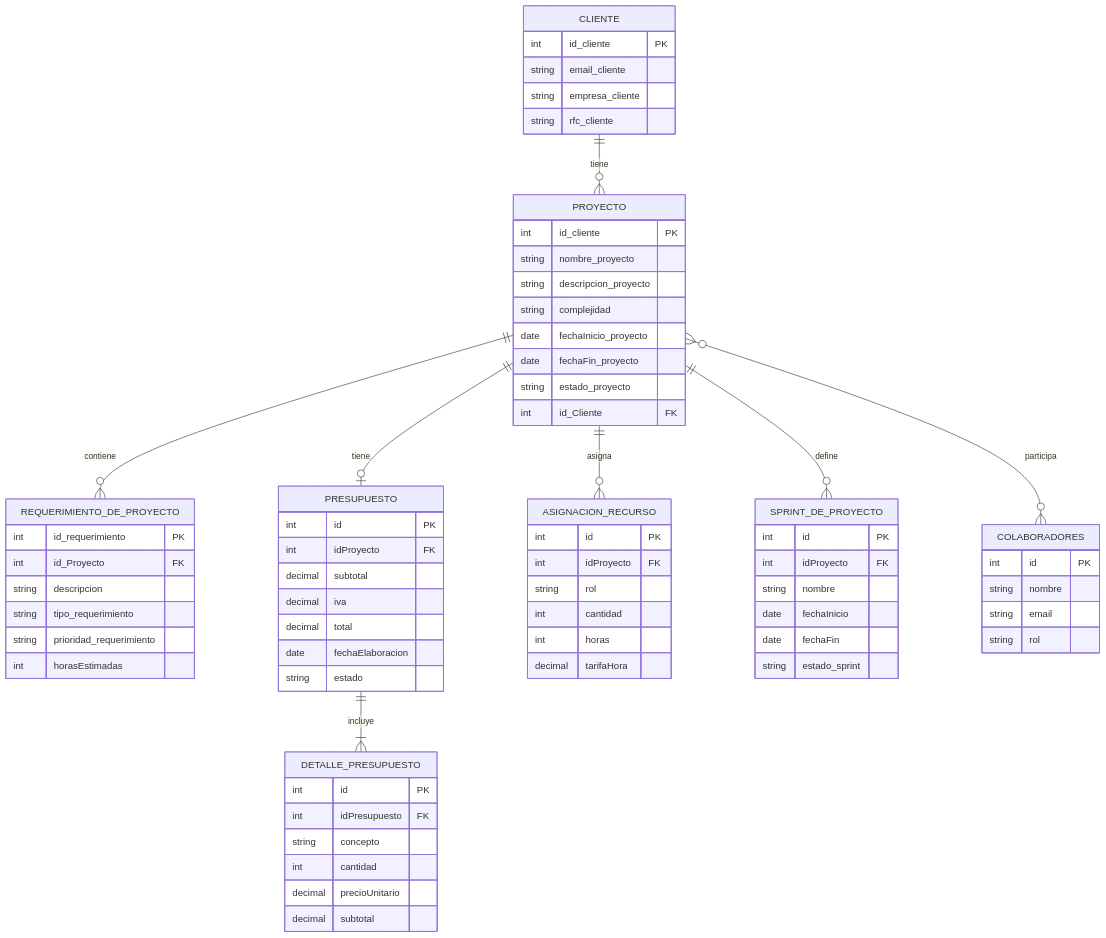
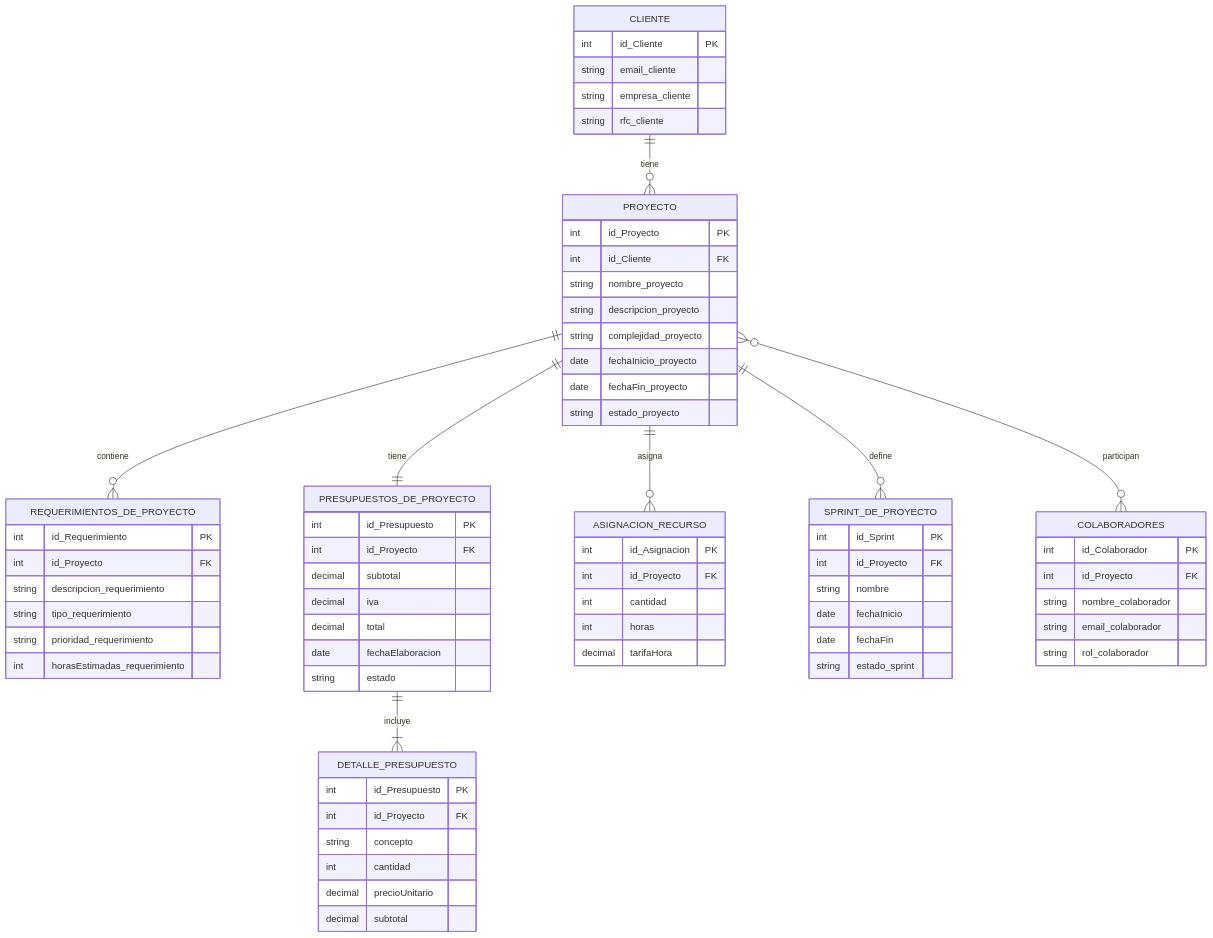
Before and after one commit to Pollix27/NGINX-Start_project: the diagram in src/main/resources/Diagramas/Diagrama ER.mermaid, drawn with Mermaid.

Commit message:
se actualizaro el diagrama Entidad relacion

```diff
--- a/src/main/resources/Diagramas/Diagrama ER.mermaid
+++ b/src/main/resources/Diagramas/Diagrama ER.mermaid
@@ -1,79 +1,80 @@
 erDiagram
     CLIENTE ||--o{ PROYECTO : "tiene"
-    PROYECTO ||--o{ REQUERIMIENTO_DE_PROYECTO : "contiene"
-    PROYECTO ||--o| PRESUPUESTO : "tiene"
-    PRESUPUESTO ||--|{ DETALLE_PRESUPUESTO : "incluye"
+    PROYECTO ||--o{ REQUERIMIENTOS_DE_PROYECTO : "contiene"
+    PROYECTO ||--|| PRESUPUESTOS_DE_PROYECTO : "tiene"
+    PRESUPUESTOS_DE_PROYECTO ||--|{ DETALLE_PRESUPUESTO : "incluye"
     PROYECTO ||--o{ ASIGNACION_RECURSO : "asigna"
     PROYECTO ||--o{ SPRINT_DE_PROYECTO  : "define"
-    PROYECTO }o--o{ COLABORADORES : "participa"
+    PROYECTO }o--o{ COLABORADORES : "participan"
+
 
     CLIENTE {
-        int id_cliente PK
+        int id_Cliente PK
         string email_cliente
         string empresa_cliente
         string rfc_cliente
     }
 
     PROYECTO {
-        int id_cliente PK
+        int id_Proyecto PK
+        int id_Cliente FK
         string nombre_proyecto
         string descripcion_proyecto
-        string complejidad
+        string complejidad_proyecto
         date fechaInicio_proyecto
         date fechaFin_proyecto
         string estado_proyecto
-        int id_Cliente FK
     }
 
-    REQUERIMIENTO_DE_PROYECTO {
-        int id_requerimiento PK
+    REQUERIMIENTOS_DE_PROYECTO {
+        int id_Requerimiento PK
         int id_Proyecto FK
-        string descripcion
+        string descripcion_requerimiento
         string tipo_requerimiento
         string prioridad_requerimiento
-        int horasEstimadas
+        int horasEstimadas_requerimiento
     }
 
-    PRESUPUESTO {
-        int id PK
-        int idProyecto FK
+    PRESUPUESTOS_DE_PROYECTO {
+        int id_Presupuesto PK
+        int id_Proyecto FK
         decimal subtotal
         decimal iva
         decimal total
         date fechaElaboracion
         string estado
     }
 
     DETALLE_PRESUPUESTO {
-        int id PK
-        int idPresupuesto FK
+        int id_Presupuesto PK
+        int id_Proyecto FK
         string concepto
         int cantidad
         decimal precioUnitario
         decimal subtotal
     }
 
     ASIGNACION_RECURSO {
-        int id PK
-        int idProyecto FK
-        string rol
+        int id_Asignacion PK
+        int id_Proyecto FK
         int cantidad
         int horas
         decimal tarifaHora
     }
 
     SPRINT_DE_PROYECTO {
-        int id PK
-        int idProyecto FK
+        int id_Sprint PK
+        int id_Proyecto FK
         string nombre
         date fechaInicio
         date fechaFin
         string estado_sprint
     }
 
     COLABORADORES {
-        int id PK
-        string nombre
-        string email
-        string rol
+        int id_Colaborador PK
+        int id_Proyecto FK
+        string nombre_colaborador
+        string email_colaborador
+        string rol_colaborador
     }
```
